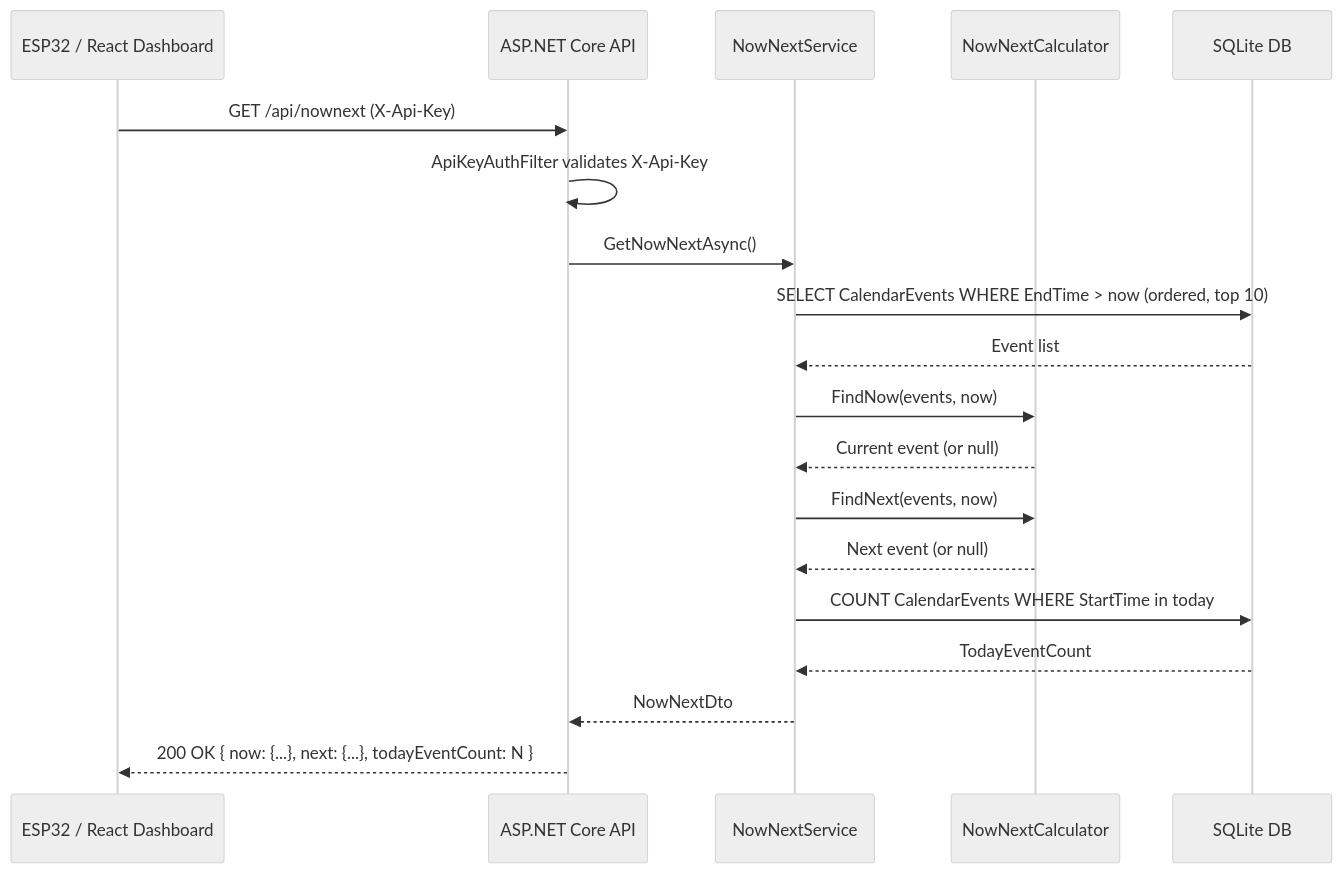
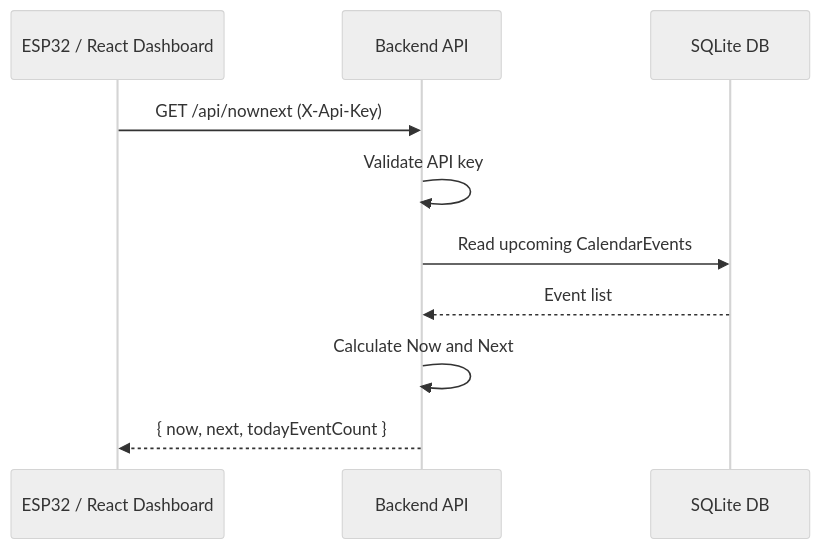
The second of 3 diagrams in docs/sequence-calendar.md (venu21-dev/deskbuddy-system), drawn with Mermaid (neutral theme) before and after one commit. The commit also changed other lines of this file, not shown here.

Commit message:
docs: update sequence diagram

````diff
--- a/docs/sequence-calendar.md
+++ b/docs/sequence-calendar.md
@@ -62,22 +39,13 @@
 ```mermaid
 sequenceDiagram
     participant Client as ESP32 / React Dashboard
-    participant API as ASP.NET Core API
-    participant NNS as NowNextService
-    participant NNC as NowNextCalculator
+    participant API as Backend API
     participant DB as SQLite DB
 
     Client->>API: GET /api/nownext (X-Api-Key)
-    API->>API: ApiKeyAuthFilter validates X-Api-Key
-    API->>NNS: GetNowNextAsync()
-    NNS->>DB: SELECT CalendarEvents WHERE EndTime > now (ordered, top 10)
-    DB-->>NNS: Event list
-    NNS->>NNC: FindNow(events, now)
-    NNC-->>NNS: Current event (or null)
-    NNS->>NNC: FindNext(events, now)
-    NNC-->>NNS: Next event (or null)
-    NNS->>DB: COUNT CalendarEvents WHERE StartTime in today
-    DB-->>NNS: TodayEventCount
-    NNS-->>API: NowNextDto
-    API-->>Client: 200 OK { now: {...}, next: {...}, todayEventCount: N }
+    API->>API: Validate API key
+    API->>DB: Read upcoming CalendarEvents
+    DB-->>API: Event list
+    API->>API: Calculate Now and Next
+    API-->>Client: { now, next, todayEventCount }
 ```
````
